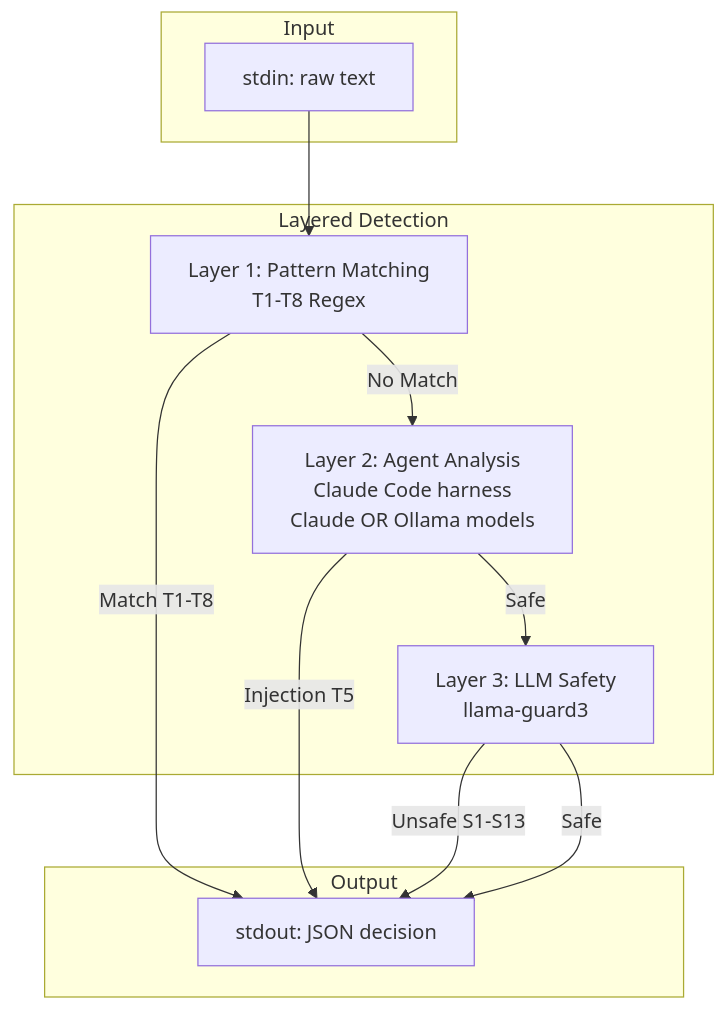
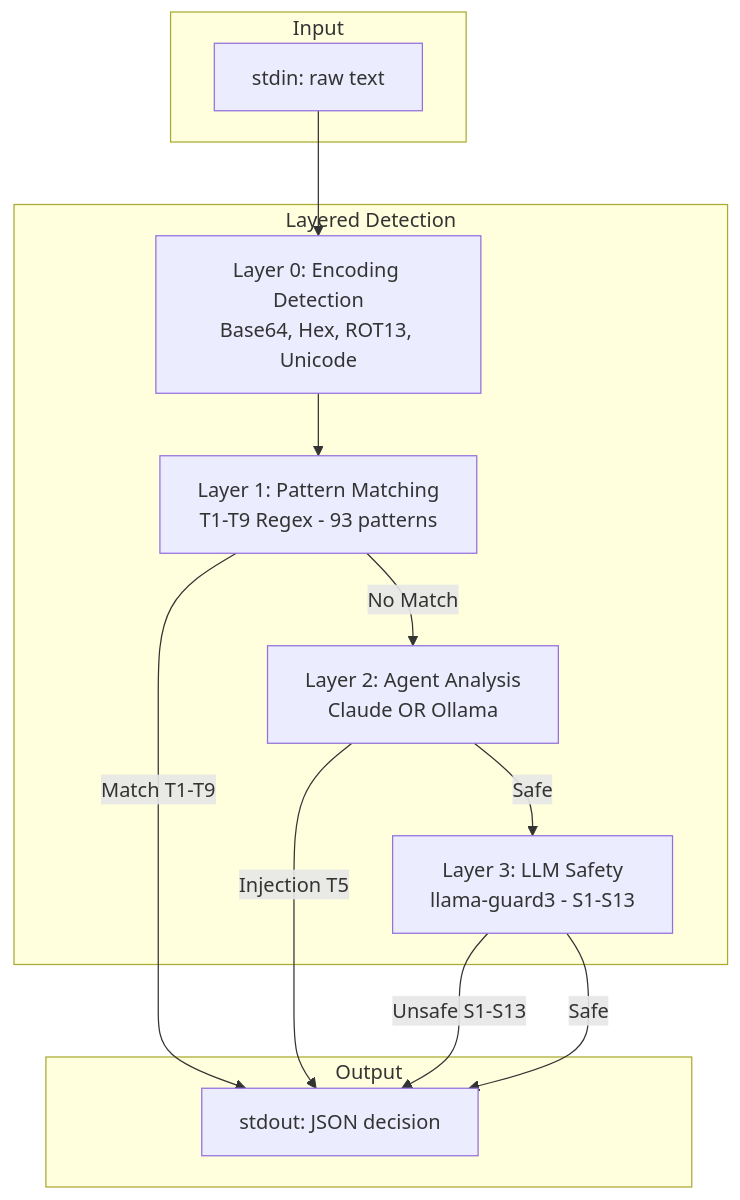
One commit to severity1/open-guard-engine changed the diagram in README.md. Above: the diagram before and after it, drawn with Mermaid. The commit also changed other lines of this file and 17 other files, not shown here.

````diff
--- a/README.md
+++ b/README.md
@@ -125,24 +11,26 @@
 ```mermaid
 flowchart TB
     subgraph Input
         STDIN[stdin: raw text]
     end
 
     subgraph Detection["Layered Detection"]
-        L1[Layer 1: Pattern Matching<br/>T1-T8 Regex]
-        L2[Layer 2: Agent Analysis<br/>Claude Code harness<br/>Claude OR Ollama models]
-        L3[Layer 3: LLM Safety<br/>llama-guard3]
+        L0[Layer 0: Encoding Detection<br/>Base64, Hex, ROT13, Unicode]
+        L1[Layer 1: Pattern Matching<br/>T1-T9 Regex - 93 patterns]
+        L2[Layer 2: Agent Analysis<br/>Claude OR Ollama]
+        L3[Layer 3: LLM Safety<br/>llama-guard3 - S1-S13]
     end
 
     subgraph Output
         JSON[stdout: JSON decision]
     end
 
-    STDIN --> L1
+    STDIN --> L0
+    L0 --> L1
     L1 -->|No Match| L2
     L2 -->|Safe| L3
-    L1 -->|Match T1-T8| JSON
+    L1 -->|Match T1-T9| JSON
     L2 -->|Injection T5| JSON
     L3 -->|Unsafe S1-S13| JSON
     L3 -->|Safe| JSON
 ```
````
